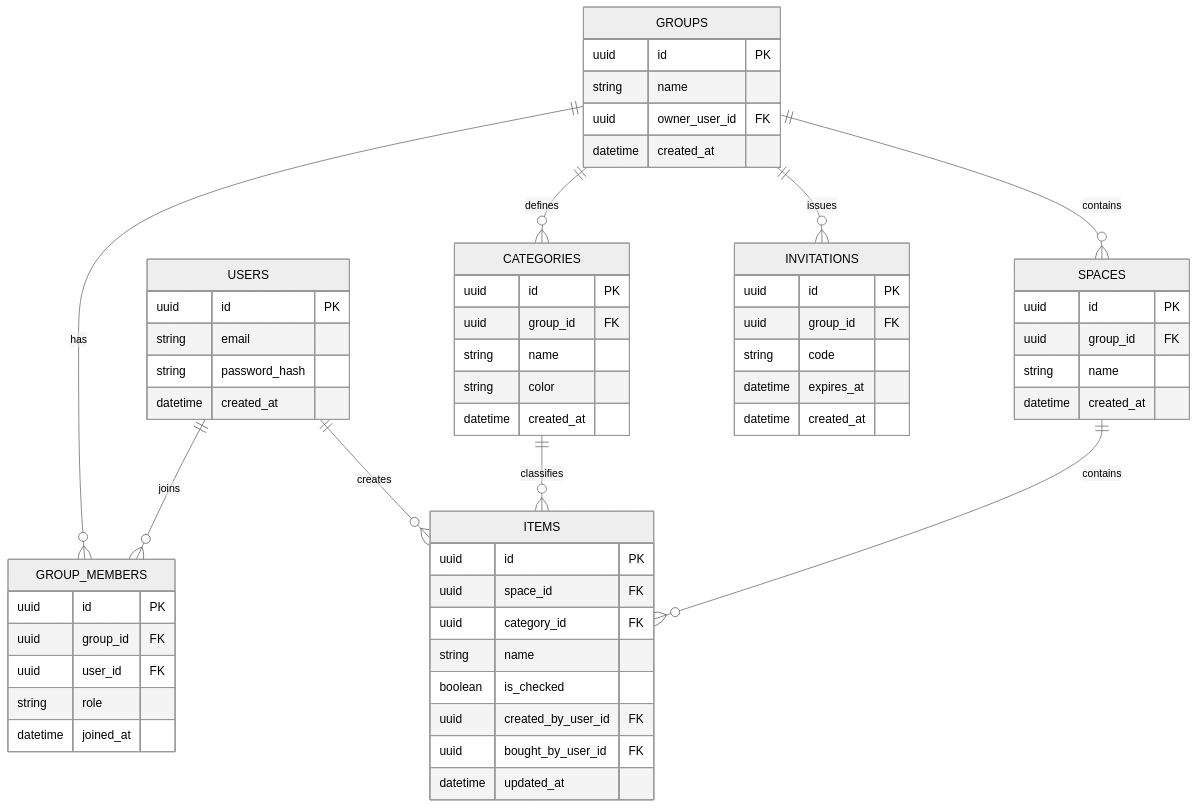
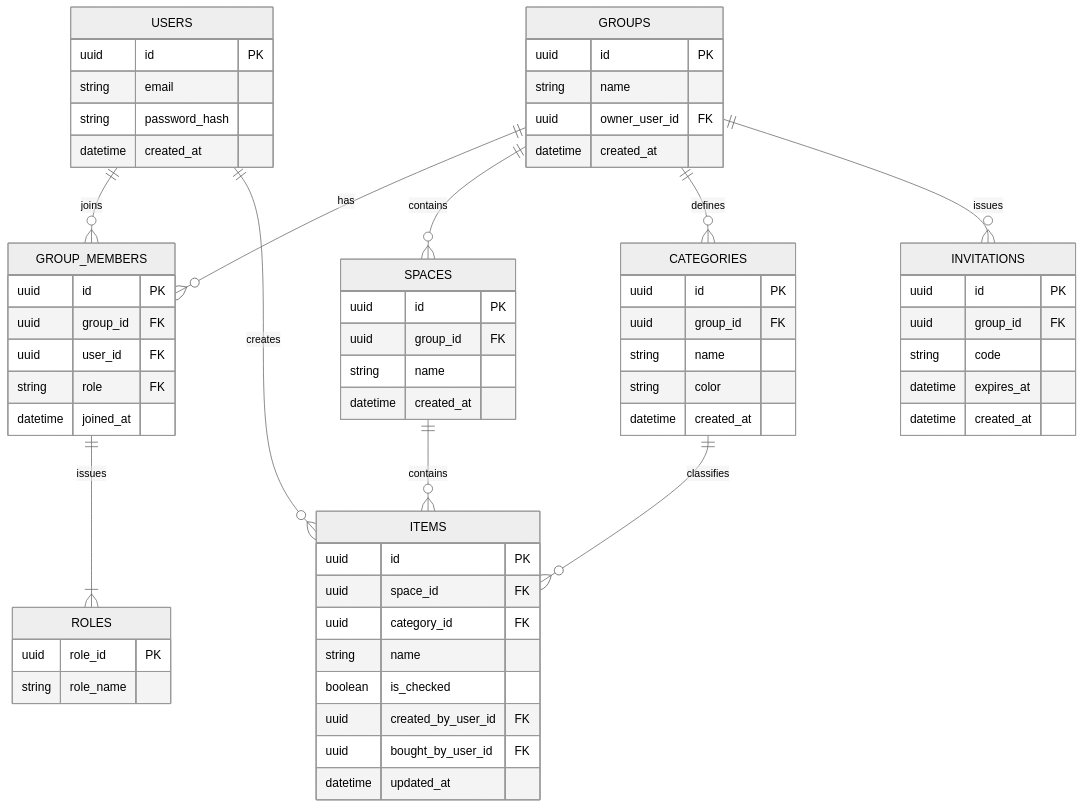
Before and after one commit to YotaroKono/tamai-project: the second of 2 diagrams in ER.md, drawn with Mermaid (neutral theme). The commit also changed other lines of this file, not shown here.

Commit message:
improved ER

````diff
--- a/ER.md
+++ b/ER.md
@@ -71,68 +71,74 @@
 ```mermaid
 erDiagram
     USERS {
         uuid id PK
         string email
         string password_hash
         datetime created_at
     }
 
     GROUPS {
         uuid id PK
         string name
         uuid owner_user_id FK
         datetime created_at
     }
 
     GROUP_MEMBERS {
         uuid id PK
         uuid group_id FK
         uuid user_id FK
-        string role
+        string role FK
         datetime joined_at
     }
 
     SPACES {
         uuid id PK
         uuid group_id FK
         string name
         datetime created_at
     }
 
     CATEGORIES {
         uuid id PK
         uuid group_id FK
         string name
         string color
         datetime created_at
     }
 
     ITEMS {
         uuid id PK
         uuid space_id FK
         uuid category_id FK
         string name
         boolean is_checked
         uuid created_by_user_id FK
         uuid bought_by_user_id FK
         datetime updated_at
     }
 
     INVITATIONS {
         uuid id PK
         uuid group_id FK
         string code
         datetime expires_at
         datetime created_at
     }
 
+    ROLES {
+        uuid role_id PK
+        string role_name
+    }
+
     USERS ||--o{ GROUP_MEMBERS : joins
     GROUPS ||--o{ GROUP_MEMBERS : has
     GROUPS ||--o{ SPACES : contains
     GROUPS ||--o{ CATEGORIES : defines
     SPACES ||--o{ ITEMS : contains
     CATEGORIES ||--o{ ITEMS : classifies
     USERS ||--o{ ITEMS : creates
     GROUPS ||--o{ INVITATIONS : issues
+    GROUP_MEMBERS ||--|{ ROLES : issues
 
 ```
````
